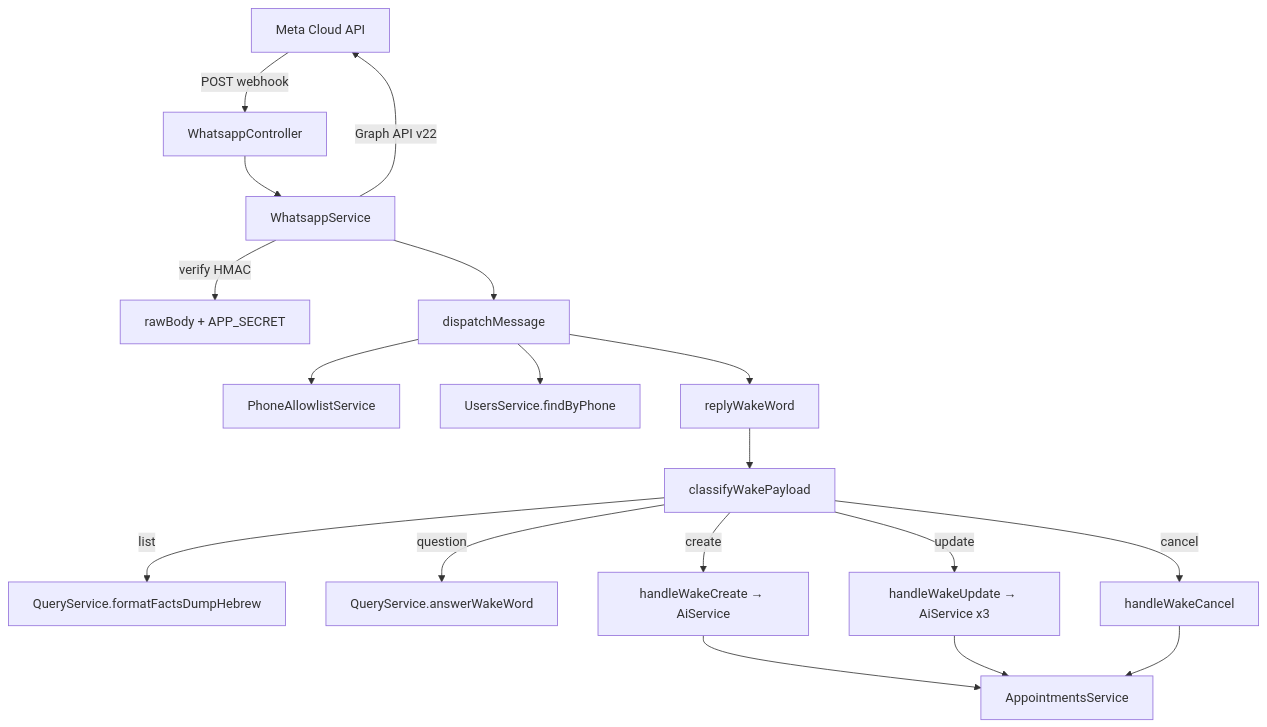
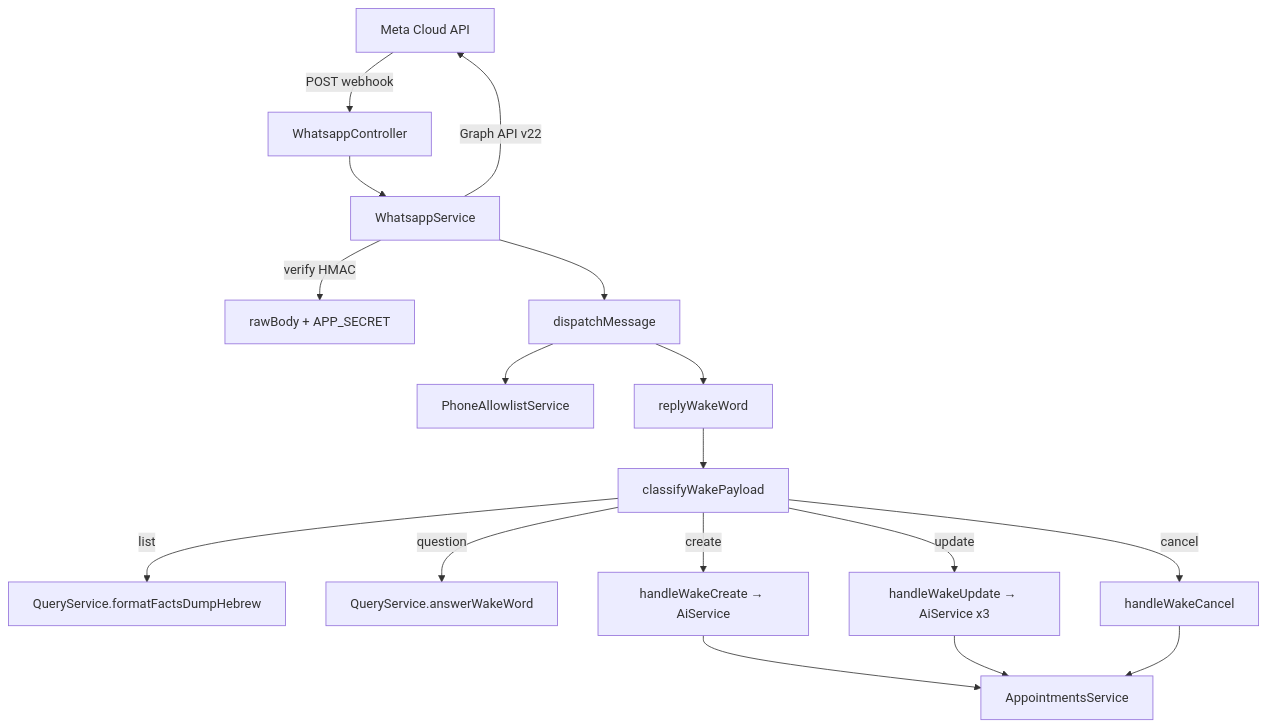
The first of 2 diagrams in summaries/stage-4-whatsapp-module.md (stavbarak/medflow-ai), drawn with Mermaid before and after one commit. The commit also changed other lines of this file and 5 other files, not shown here.

````diff
--- a/summaries/stage-4-whatsapp-module.md
+++ b/summaries/stage-4-whatsapp-module.md
@@ -11,20 +11,19 @@
 ```mermaid
 flowchart TB
   META[Meta Cloud API] -->|POST webhook| WC[WhatsappController]
   WC --> WS[WhatsappService]
   WS -->|verify HMAC| SIG[rawBody + APP_SECRET]
   WS --> DISP[dispatchMessage]
   DISP --> AL[PhoneAllowlistService]
-  DISP --> US[UsersService.findByPhone]
   DISP --> RW[replyWakeWord]
   RW --> INT[classifyWakePayload]
   INT -->|list| Q1[QueryService.formatFactsDumpHebrew]
   INT -->|question| Q2[QueryService.answerWakeWord]
   INT -->|create| CR[handleWakeCreate → AiService]
   INT -->|update| UP[handleWakeUpdate → AiService x3]
   INT -->|cancel| CA[handleWakeCancel]
   CR --> AP[AppointmentsService]
   UP --> AP
   CA --> AP
   WS -->|Graph API v22| META
 ```
````
